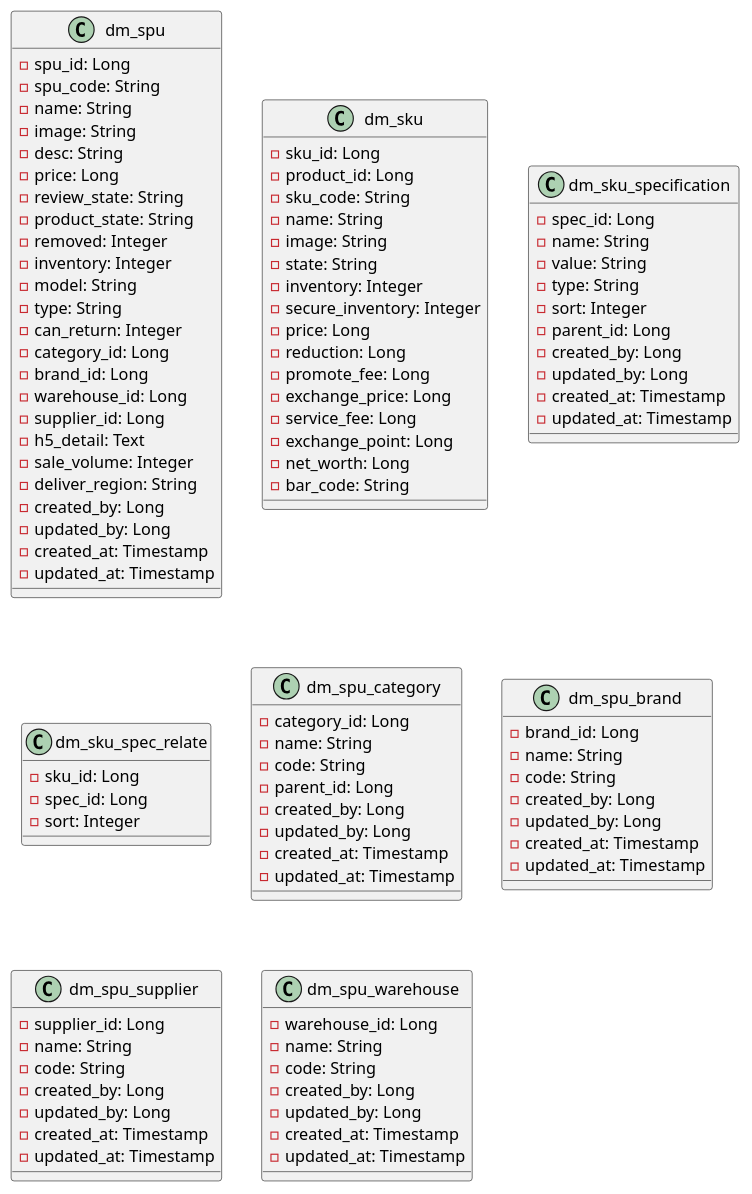
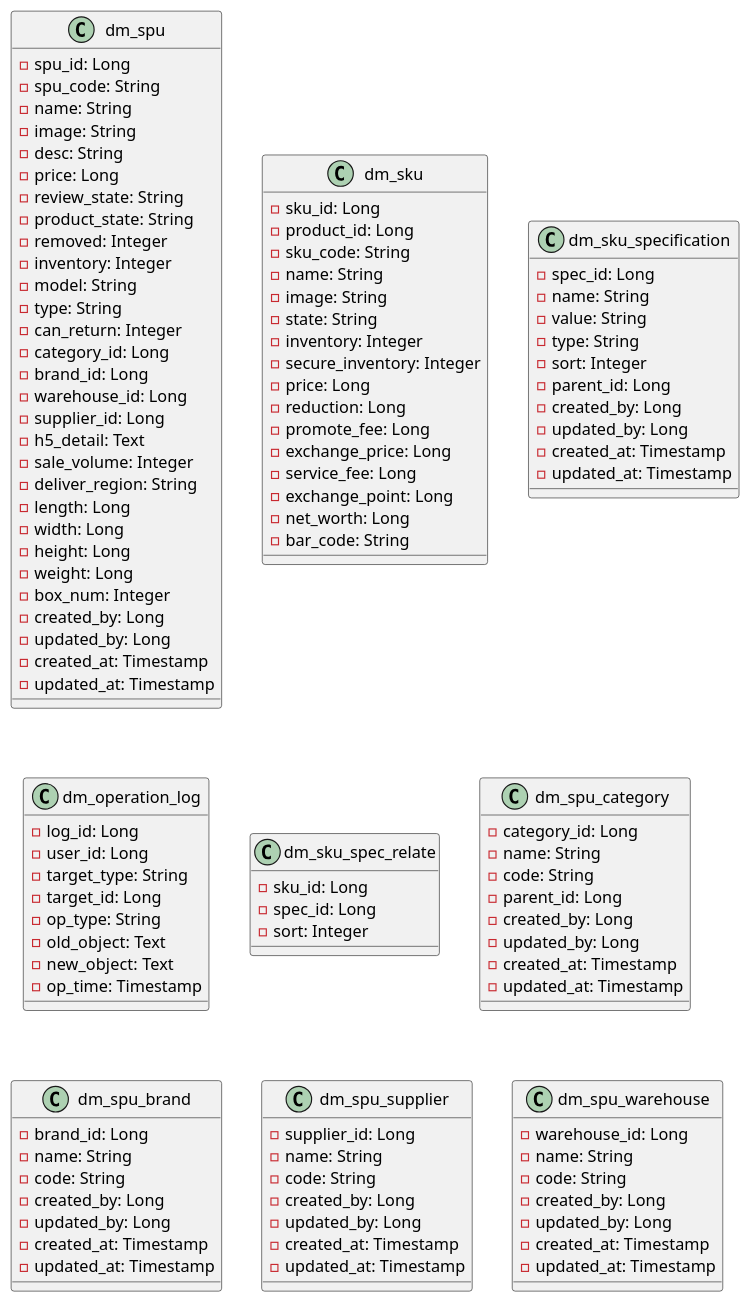
One commit to xgyb12458/dm-platform changed the diagram in documents/dm-product/product_entities.puml. Above: the diagram before and after it, drawn with PlantUML. The commit also changed 28 other files, not shown here.

```diff
--- a/documents/dm-product/product_entities.puml
+++ b/documents/dm-product/product_entities.puml
@@ -1,114 +1,125 @@
 @startuml
-
 
 class dm_spu {
     - spu_id: Long
     - spu_code: String
     - name: String
     - image: String
     - desc: String
     - price: Long
     - review_state: String
     - product_state: String
     - removed: Integer
     - inventory: Integer
     - model: String
     - type: String
     - can_return: Integer
     - category_id: Long
     - brand_id: Long
     - warehouse_id: Long
     - supplier_id: Long
     - h5_detail: Text
     - sale_volume: Integer
     - deliver_region: String
-'    - length: Long
-'    - width: Long
-'    - height: Long
-'    - weight: Long
-'    - boxNum: Integer
+    - length: Long
+    - width: Long
+    - height: Long
+    - weight: Long
+    - box_num: Integer
     - created_by: Long
     - updated_by: Long
     - created_at: Timestamp
     - updated_at: Timestamp
 }
 class dm_sku {
     - sku_id: Long
     - product_id: Long
     - sku_code: String
     - name: String
     - image: String
     - state: String
     - inventory: Integer
     - secure_inventory: Integer
     - price: Long
     - reduction: Long
     - promote_fee: Long
     - exchange_price: Long
     - service_fee: Long
     - exchange_point: Long
     - net_worth: Long
     - bar_code: String
 }
 
 class dm_sku_specification {
     - spec_id: Long
     - name: String
     - value: String
     - type: String
     - sort: Integer
     - parent_id: Long
     - created_by: Long
     - updated_by: Long
     - created_at: Timestamp
     - updated_at: Timestamp
+}
+
+' 谁在什么时间对什么进行了什么操作，结果是什么
+class dm_operation_log {
+    - log_id: Long
+    - user_id: Long
+    - target_type: String
+    - target_id: Long
+    - op_type: String
+    - old_object: Text
+    - new_object: Text
+    - op_time: Timestamp
 }
 
 class dm_sku_spec_relate {
     - sku_id: Long
     - spec_id: Long
     - sort: Integer
 }
 
 class dm_spu_category {
     - category_id: Long
     - name: String
     - code: String
     - parent_id: Long
     - created_by: Long
     - updated_by: Long
     - created_at: Timestamp
     - updated_at: Timestamp
 }
 
 class dm_spu_brand {
     - brand_id: Long
     - name: String
     - code: String
     - created_by: Long
     - updated_by: Long
     - created_at: Timestamp
     - updated_at: Timestamp
 }
 
 class dm_spu_supplier {
     - supplier_id: Long
     - name: String
     - code: String
     - created_by: Long
     - updated_by: Long
     - created_at: Timestamp
     - updated_at: Timestamp
 }
 
 class dm_spu_warehouse {
     - warehouse_id: Long
     - name: String
     - code: String
     - created_by: Long
     - updated_by: Long
     - created_at: Timestamp
     - updated_at: Timestamp
 }
 
 @enduml
```
